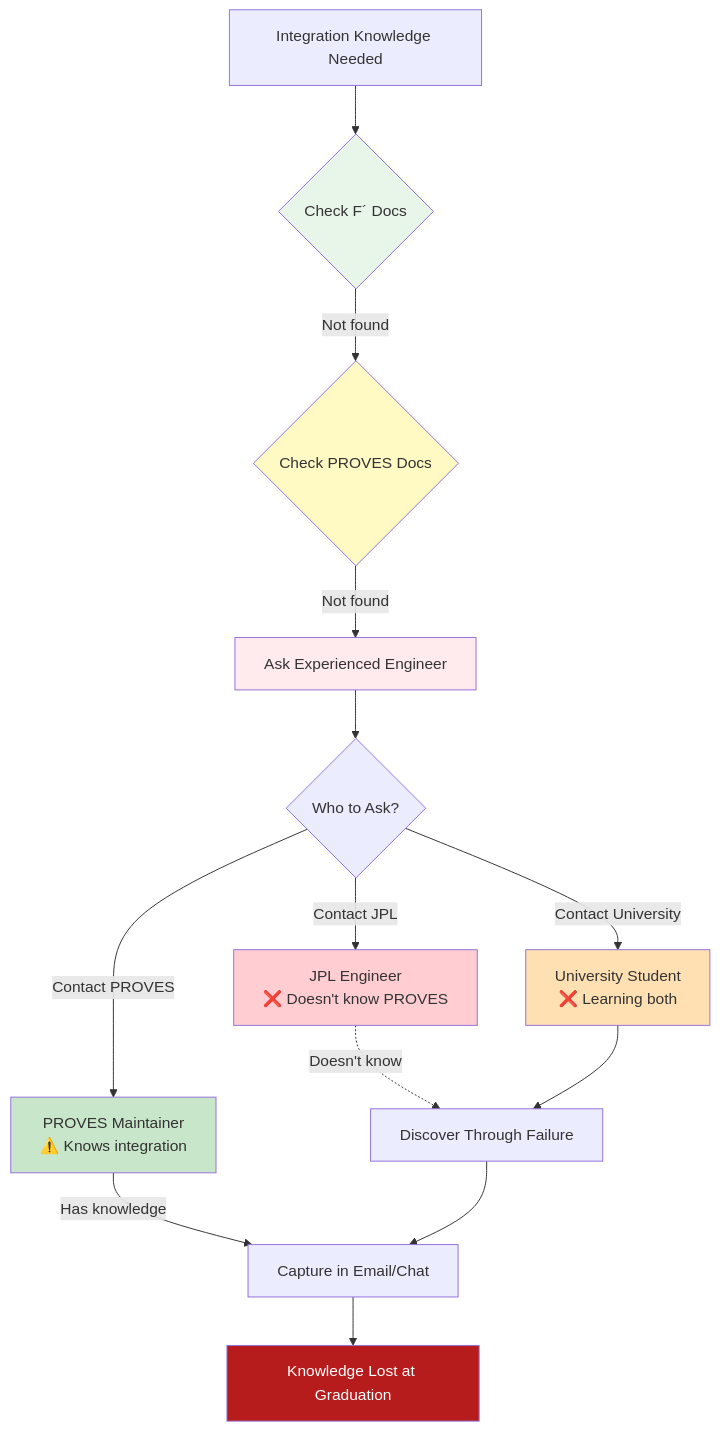
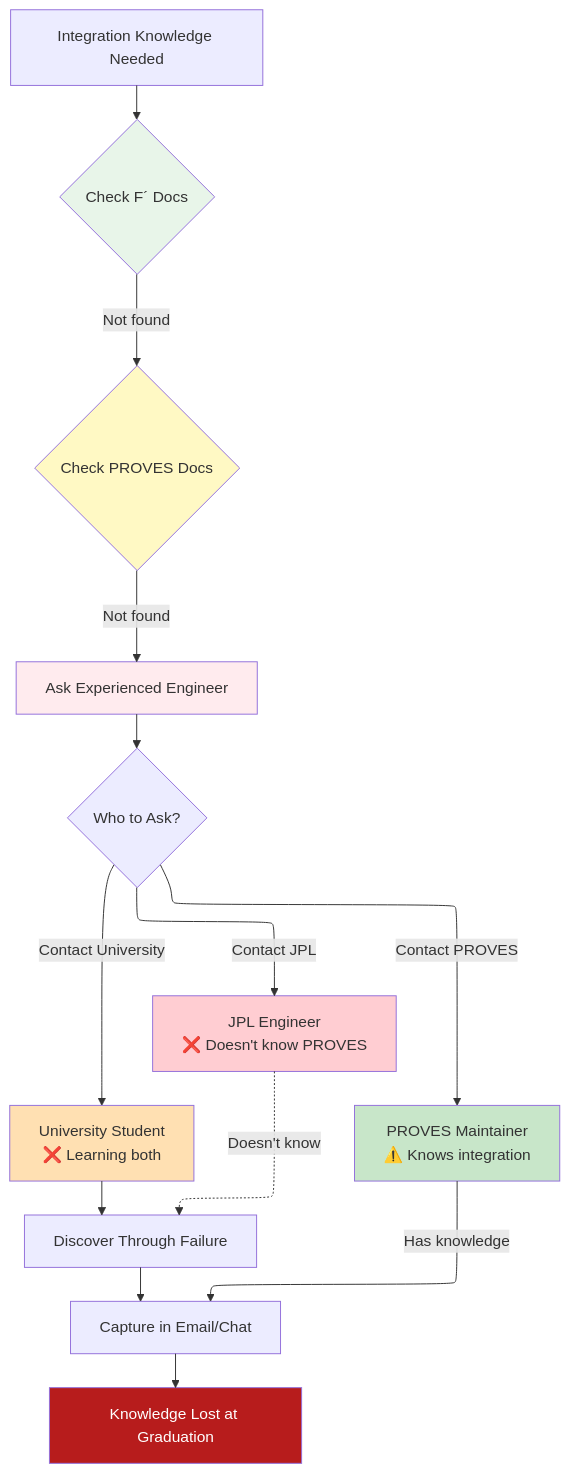
One commit to Lizo-RoadTown/PROVES_LIBRARY changed the third of 9 diagrams in docs/diagrams/team-boundaries.md. Above: the diagram before and after it, drawn with Mermaid.

Commit message:
Test ELK layout on Knowledge Flow flowchart
Added ELK layout renderer to the Knowledge Flow Analysis flowchart
to test if it improves the visual layout and reduces edge crossings.

The ELK (Eclipse Layout Kernel) algorithm should provide better
automatic spacing and node placement for this complex decision tree.

If this looks good, we can apply it to other complex diagrams.

🤖 Generated with [Claude Code](https://claude.com/claude-code)

````diff
--- a/docs/diagrams/team-boundaries.md
+++ b/docs/diagrams/team-boundaries.md
@@ -168,43 +168,44 @@
 ```mermaid
+%%{init: {"flowchart": {"defaultRenderer": "elk"}} }%%
 flowchart TB
     START[Integration Knowledge Needed]
 
     DOC_F{Check F´ Docs}
     DOC_P{Check PROVES Docs}
 
     TRIBAL[Ask Experienced Engineer]
     WHO{Who to Ask?}
 
     JPL_ENG[JPL Engineer<br/>❌ Doesn't know PROVES]
     PROVES_ENG[PROVES Maintainer<br/>⚠️ Knows integration]
     UNI_ENG[University Student<br/>❌ Learning both]
 
     DISCOVER[Discover Through Failure]
     CAPTURE[Capture in Email/Chat]
     LOST[Knowledge Lost at Graduation]
 
     START --> DOC_F
     DOC_F -->|Not found| DOC_P
     DOC_P -->|Not found| TRIBAL
 
     TRIBAL --> WHO
 
     WHO -->|Contact JPL| JPL_ENG
     WHO -->|Contact PROVES| PROVES_ENG
     WHO -->|Contact University| UNI_ENG
 
     JPL_ENG -.->|Doesn't know| DISCOVER
     UNI_ENG --> DISCOVER
 
     PROVES_ENG -->|Has knowledge| CAPTURE
     DISCOVER --> CAPTURE
     CAPTURE --> LOST
 
     style DOC_F fill:#e8f5e9
     style DOC_P fill:#fff9c4
     style TRIBAL fill:#ffebee
     style PROVES_ENG fill:#c8e6c9
     style JPL_ENG fill:#ffcdd2
     style UNI_ENG fill:#ffe0b2
     style LOST fill:#b71c1c,color:#fff
 ```
````
